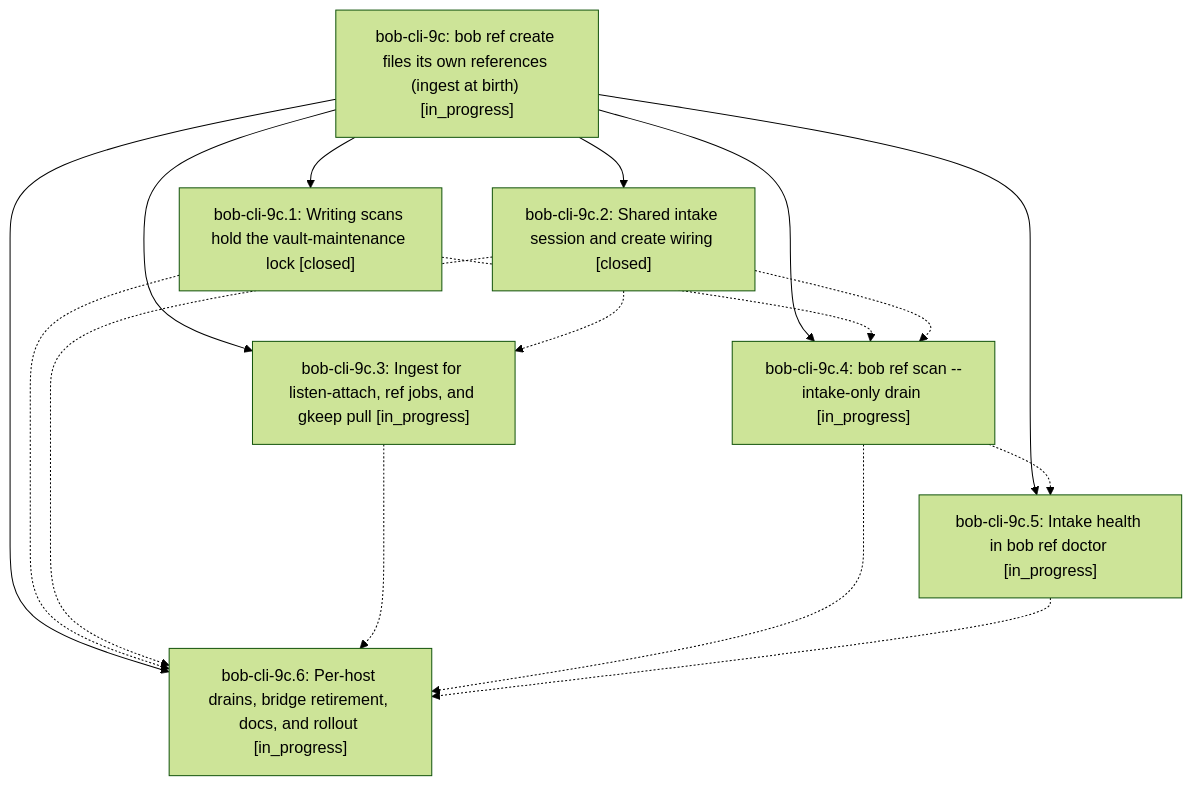
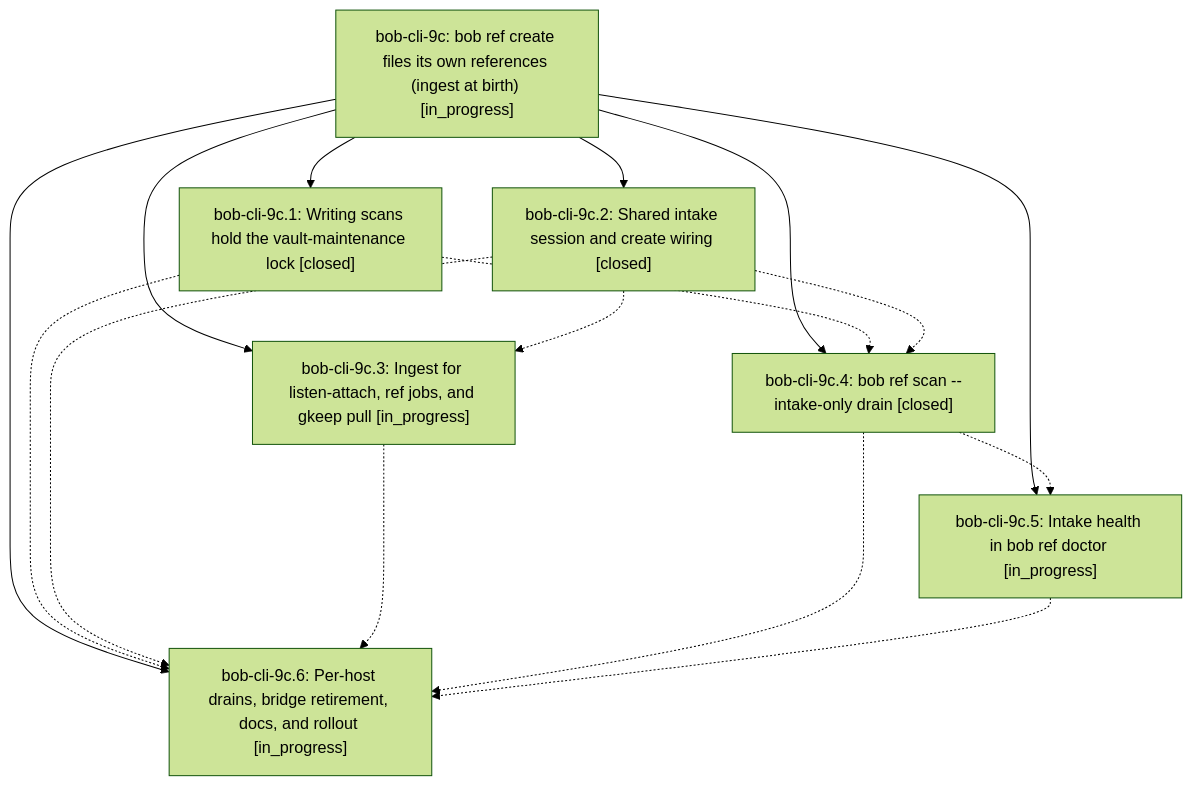
One commit to bobs-org/bob-cli--beads changed the diagram in pages/bob-cli-9c/README.md. Above: the diagram before and after it, drawn with Mermaid (forest theme). The commit also changed other lines of this file and 5 other files, not shown here.

First line of the commit message:
chore(beads): sync bead state and pages for bob-cli-9c

````diff
--- a/pages/bob-cli-9c/README.md
+++ b/pages/bob-cli-9c/README.md
@@ -27,25 +27,25 @@
 ```mermaid
 flowchart TD
     n0["bob-cli-9c: bob ref create files its own references (ingest at birth) [in_progress]"]
     n1["bob-cli-9c.1: Writing scans hold the vault-maintenance lock [closed]"]
     n2["bob-cli-9c.2: Shared intake session and create wiring [closed]"]
     n3["bob-cli-9c.3: Ingest for listen-attach, ref jobs, and gkeep pull [in_progress]"]
-    n4["bob-cli-9c.4: bob ref scan --intake-only drain [in_progress]"]
+    n4["bob-cli-9c.4: bob ref scan --intake-only drain [closed]"]
     n5["bob-cli-9c.5: Intake health in bob ref doctor [in_progress]"]
     n6["bob-cli-9c.6: Per-host drains, bridge retirement, docs, and rollout [in_progress]"]
     n0 --> n1
     n0 --> n2
     n0 --> n3
     n0 --> n4
     n0 --> n5
     n0 --> n6
     n1 -.-> n4
     n1 -.-> n6
     n2 -.-> n3
     n2 -.-> n4
     n2 -.-> n6
     n3 -.-> n6
     n4 -.-> n5
     n4 -.-> n6
     n5 -.-> n6
 ```
````
